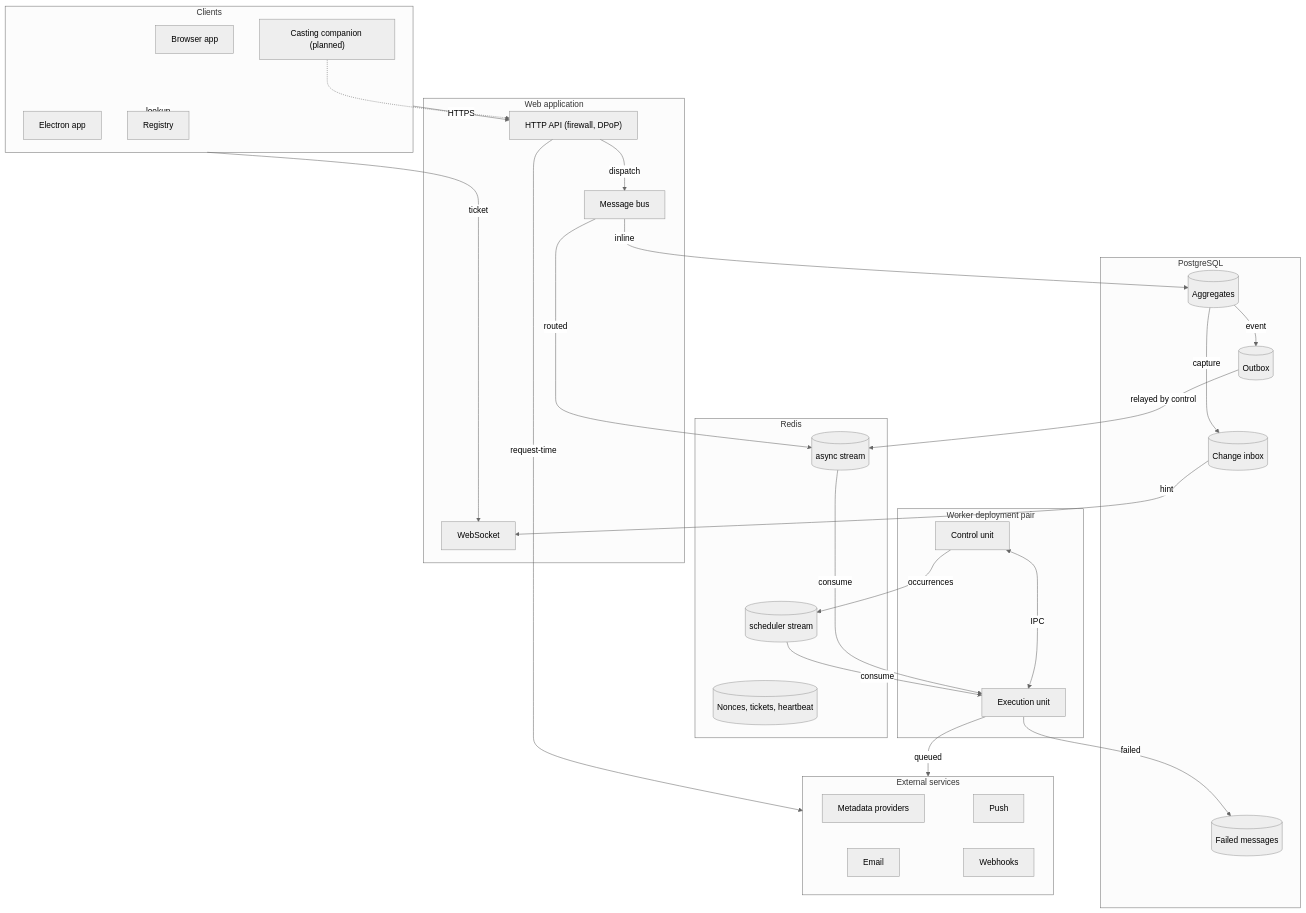
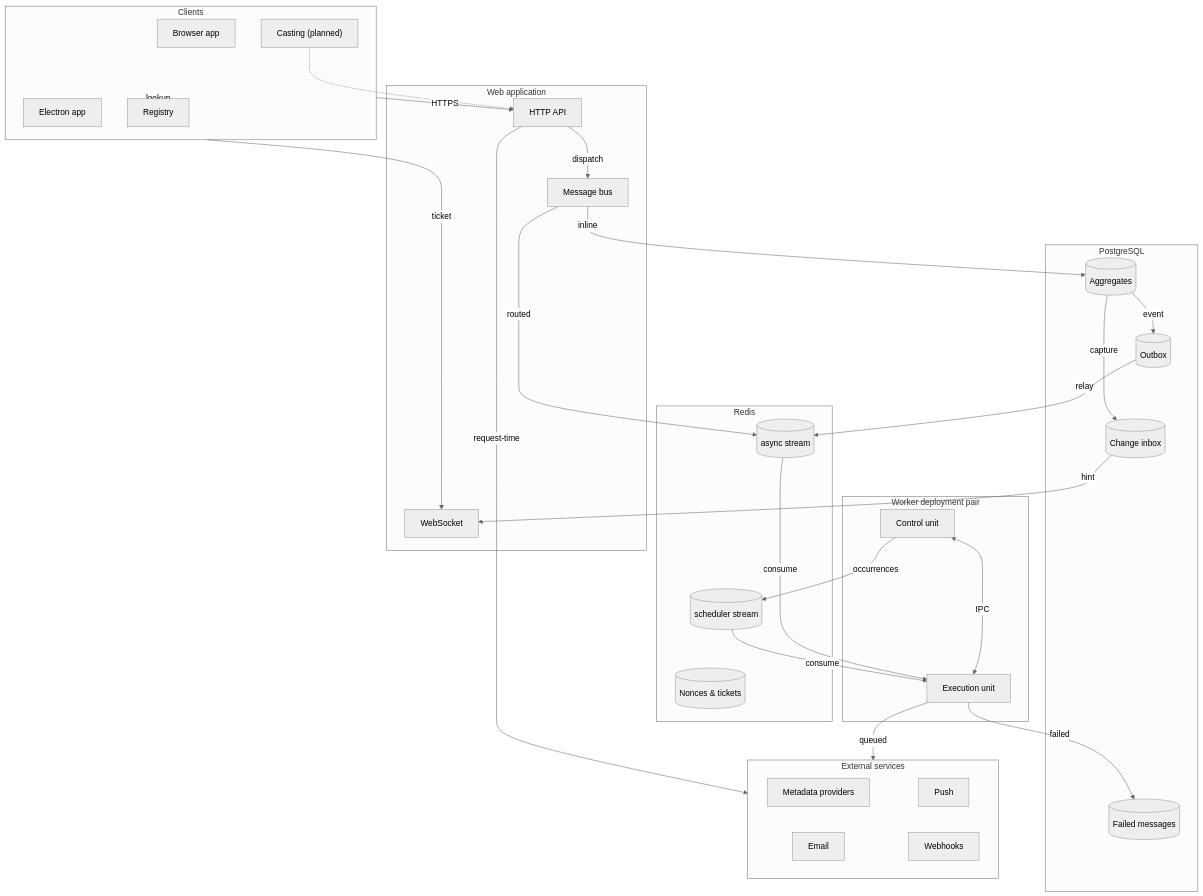
One commit to baander-app/baander changed the diagram in docs-book/part-2-developer-guide/architecture/communication-map.md. Above: the diagram before and after it, drawn with Mermaid (neutral theme). The commit also changed 5 other files, not shown here.

Commit message:
docs: shorten Mermaid node and edge labels for readability

````diff
--- a/docs-book/part-2-developer-guide/architecture/communication-map.md
+++ b/docs-book/part-2-developer-guide/architecture/communication-map.md
@@ -13,66 +13,66 @@
 ```mermaid
 flowchart TB
     accTitle: Communication map of a Baander installation
     accDescr: The browser application and the Electron app call the HTTP API over HTTPS with DPoP proofs and open the WebSocket with a ticket issued over HTTP; the planned local casting companion is drawn with a dotted edge. The HTTP API dispatches on the message bus, which runs inline handlers against the aggregates in PostgreSQL or sends routed messages to the Redis async stream. Committed events enter the outbox, which the control unit relays to the async stream; capture triggers fill the change inbox, whose revisions reach the WebSocket as change hints. The control unit also relays scheduled occurrences to the scheduler stream. The execution unit consumes both streams, writes exhausted deliveries to the failed messages table and calls the external metadata, email, push and webhook services; the web application calls external services only for request-time work. Redis also holds DPoP nonces, WebSocket tickets and the worker heartbeat. The registry is reached by clients only.
     subgraph clients[Clients]
         browser[Browser app]
         electron[Electron app]
-        companion["Casting companion (planned)"]
+        companion["Casting (planned)"]
         registry[Registry]
     end
     subgraph app[Web application]
-        api["HTTP API (firewall, DPoP)"]
+        api[HTTP API]
         ws[WebSocket]
         bus[Message bus]
     end
     subgraph postgres[PostgreSQL]
         aggregates[(Aggregates)]
         outbox[(Outbox)]
         inbox[(Change inbox)]
         failed[(Failed messages)]
         outbox ~~~ inbox
         inbox ~~~ failed
     end
     subgraph redis[Redis]
         async[(async stream)]
         scheduler[(scheduler stream)]
-        nonces[(Nonces, tickets, heartbeat)]
+        nonces[(Nonces & tickets)]
         async ~~~ scheduler
         scheduler ~~~ nonces
     end
     subgraph pair[Worker deployment pair]
         control[Control unit]
         execution[Execution unit]
     end
     subgraph external[External services]
         providers[Metadata providers]
         email[Email]
         push[Push]
         webhooks[Webhooks]
         providers ~~~ push
         email ~~~ webhooks
     end
     clients ~~~ app
     app ~~~ postgres
     postgres ~~~ redis
     redis ~~~ pair
     pair ~~~ external
     clients -->|HTTPS| api
     clients -->|ticket| ws
     companion -.-> api
     clients -.->|lookup| registry
     api -->|dispatch| bus
     bus -->|inline| aggregates
     bus -->|routed| async
     aggregates -->|event| outbox
     aggregates -->|capture| inbox
     inbox -->|hint| ws
-    outbox -->|relayed by control| async
+    outbox -->|relay| async
     control -->|occurrences| scheduler
     control <-->|IPC| execution
     async -->|consume| execution
     scheduler -->|consume| execution
     execution -->|failed| failed
     execution -->|queued| external
     api -->|request-time| external
 ```
````
